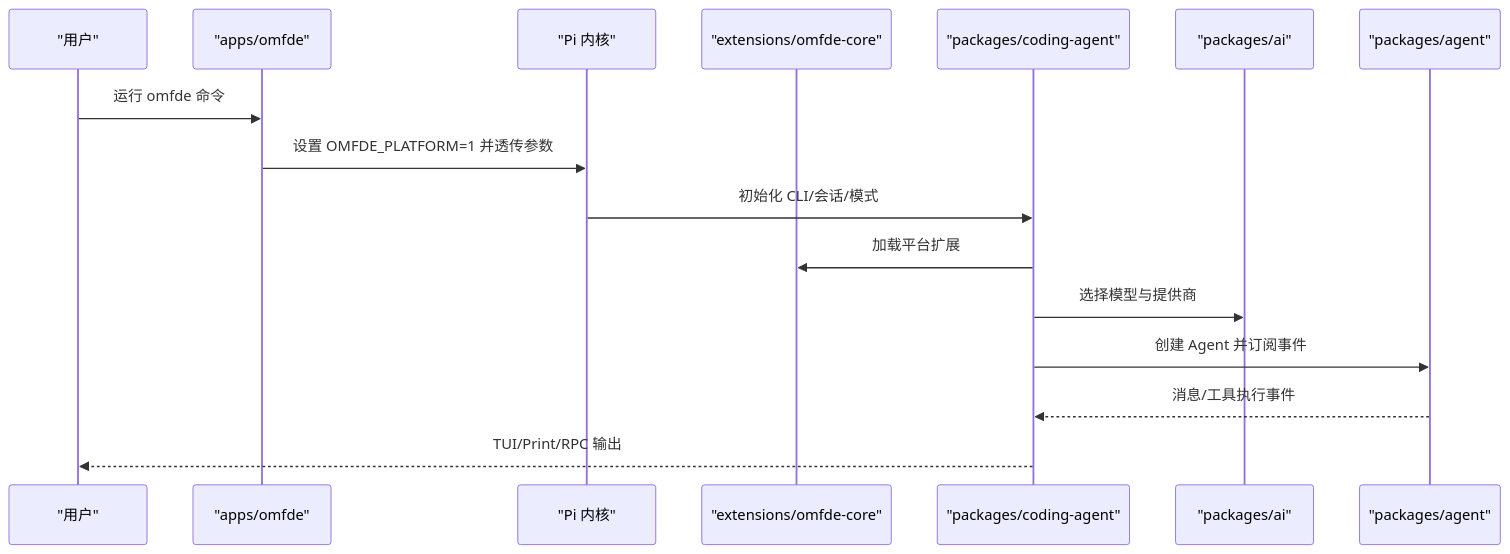
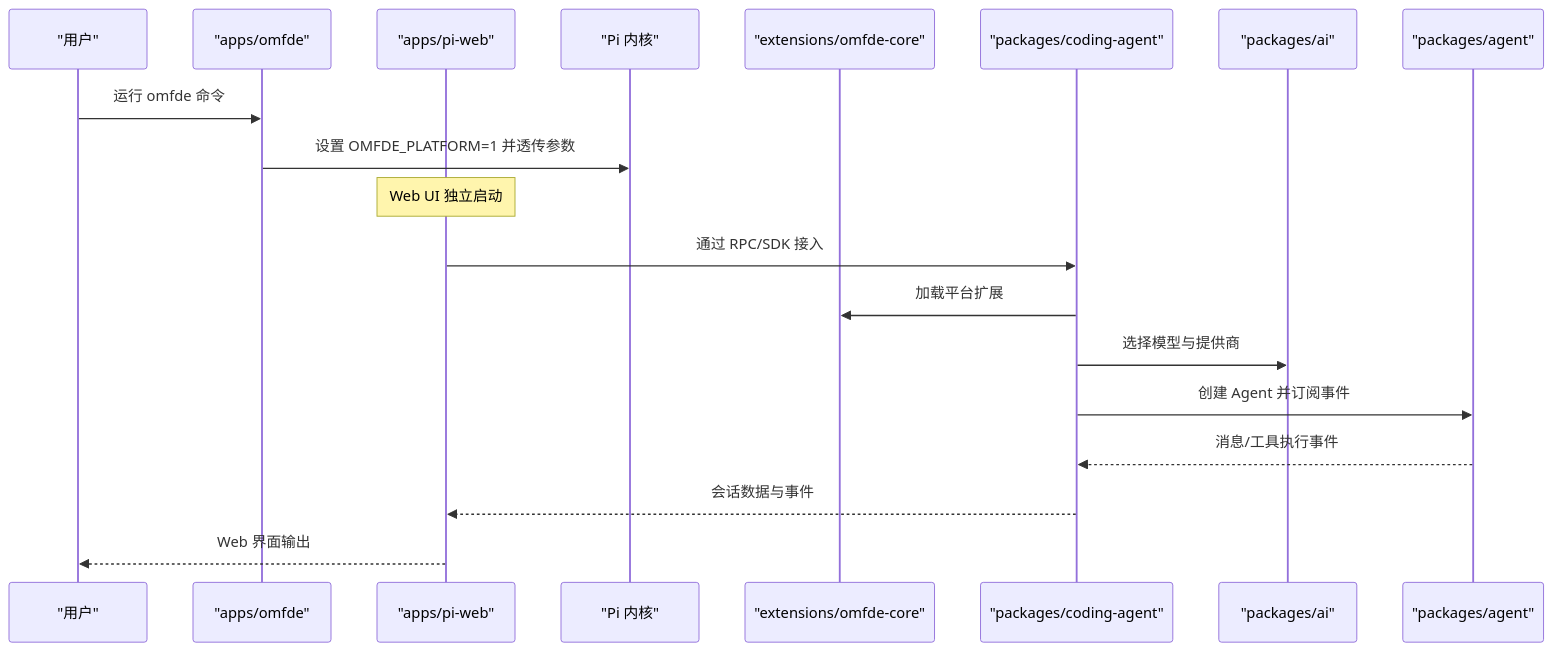
One commit to FDE-GROUP/oh-my-coding-agent changed the second of 9 diagrams in .qoder/repowiki/zh/content/项目概述/项目概述.md. Above: the diagram before and after it, drawn with Mermaid. The commit also changed other lines of this file and 410 other files, not shown here.

````diff
--- a/.qoder/repowiki/zh/content/项目概述/项目概述.md
+++ b/.qoder/repowiki/zh/content/项目概述/项目概述.md
@@ -103,18 +122,21 @@
 ```mermaid
 sequenceDiagram
 participant User as "用户"
 participant App as "apps/omfde"
+participant Web as "apps/pi-web"
 participant PI as "Pi 内核"
 participant Ext as "extensions/omfde-core"
 participant CA as "packages/coding-agent"
 participant AI as "packages/ai"
 participant AG as "packages/agent"
 User->>App : 运行 omfde 命令
 App->>PI : 设置 OMFDE_PLATFORM=1 并透传参数
-PI->>CA : 初始化 CLI/会话/模式
+Note over Web : Web UI 独立启动
+Web->>CA : 通过 RPC/SDK 接入
 CA->>Ext : 加载平台扩展
 CA->>AI : 选择模型与提供商
 CA->>AG : 创建 Agent 并订阅事件
 AG-->>CA : 消息/工具执行事件
-CA-->>User : TUI/Print/RPC 输出
+CA-->>Web : 会话数据与事件
+Web-->>User : Web 界面输出
 ```
````
